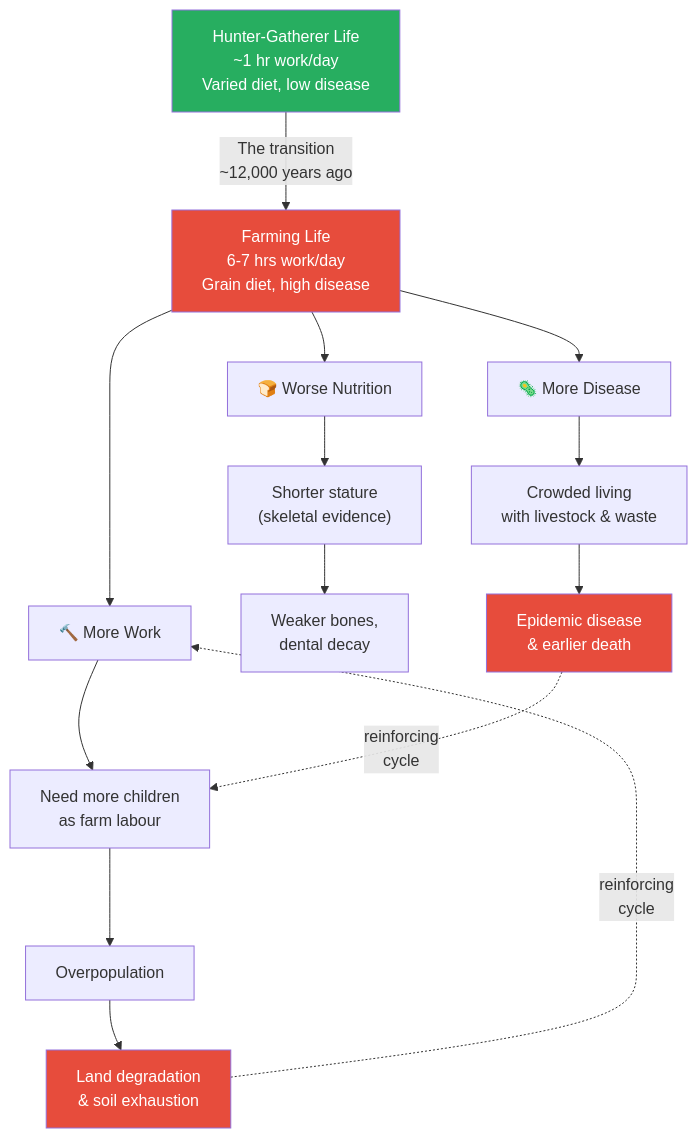
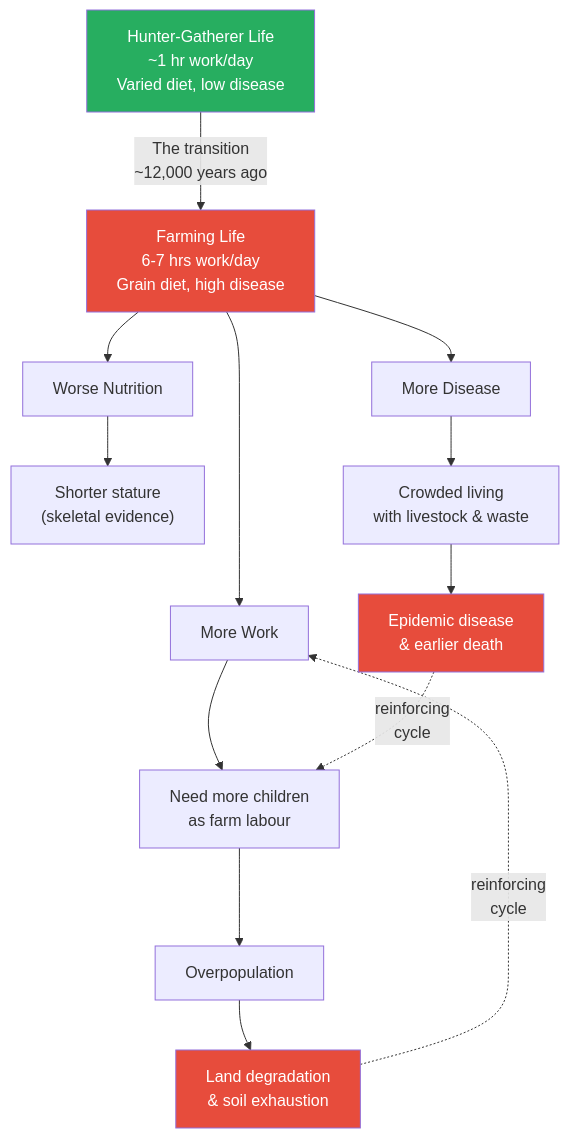
The first of 7 diagrams in summaries/Lectures/Civilization/01 - Explaining Humanity's Transition to Agriculture.md (alius33/reader), drawn with Mermaid before and after one commit. The commit also changed other lines of this file and 78 other files, not shown here.

````diff
--- a/summaries/Lectures/Civilization/01 - Explaining Humanity's Transition to Agriculture.md
+++ b/summaries/Lectures/Civilization/01 - Explaining Humanity's Transition to Agriculture.md
@@ -129,20 +57,19 @@
 ```mermaid
 flowchart TB
     HG["Hunter-Gatherer Life<br/>~1 hr work/day<br/>Varied diet, low disease"] -->|"The transition<br/>~12,000 years ago"| F["Farming Life<br/>6-7 hrs work/day<br/>Grain diet, high disease"]
-    F --> P1["🔨 More Work"]
-    F --> P2["🍞 Worse Nutrition"]
-    F --> P3["🦠 More Disease"]
+    F --> P1["More Work"]
+    F --> P2["Worse Nutrition"]
+    F --> P3["More Disease"]
     P1 --> C1["Need more children<br/>as farm labour"]
     C1 --> C2["Overpopulation"]
     C2 --> C3["Land degradation<br/>& soil exhaustion"]
     P2 --> H["Shorter stature<br/>(skeletal evidence)"]
-    H --> W["Weaker bones,<br/>dental decay"]
     P3 --> D["Crowded living<br/>with livestock & waste"]
     D --> E["Epidemic disease<br/>& earlier death"]
     C3 -.->|"reinforcing<br/>cycle"| P1
     E -.->|"reinforcing<br/>cycle"| C1
     style HG fill:#27ae60,color:#fff
     style F fill:#e74c3c,color:#fff
     style C3 fill:#e74c3c,color:#fff
     style E fill:#e74c3c,color:#fff
 ```
````
